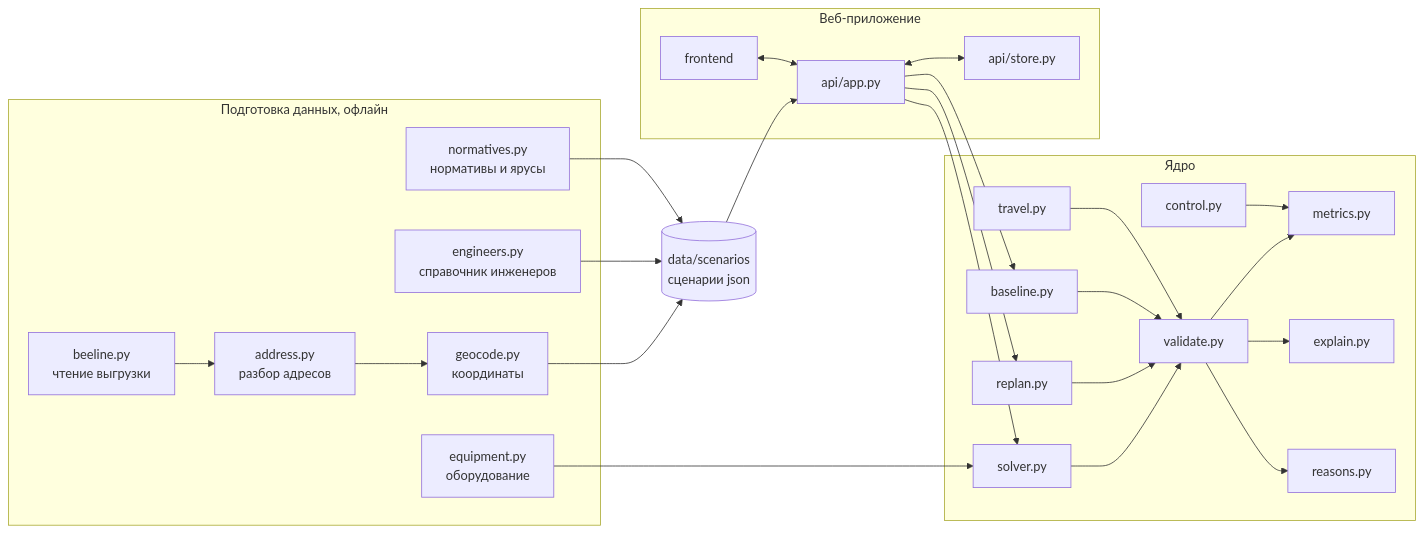
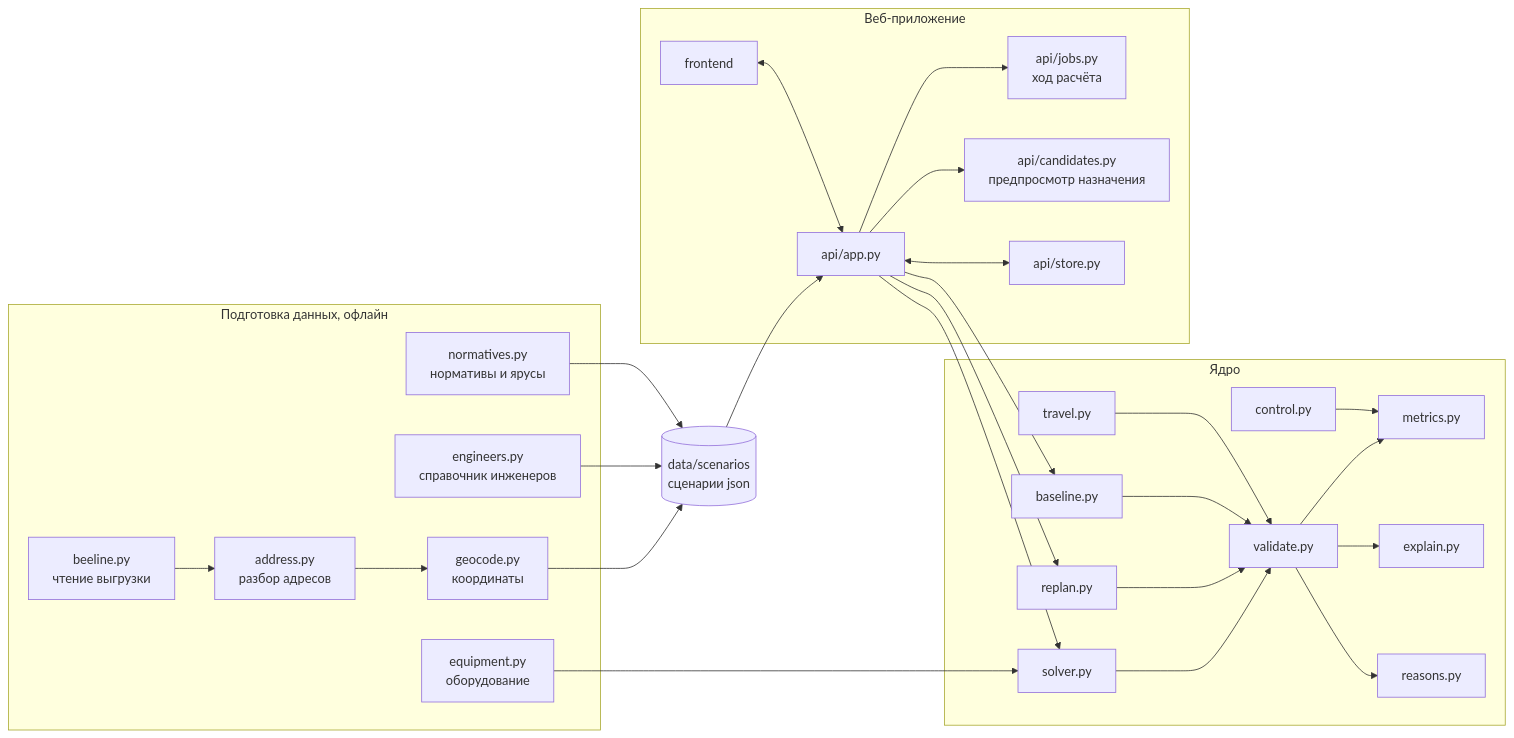
The diagram in docs/architecture.md (YuliaVyaznikova/lct-task3), drawn with Mermaid before and after one commit. The commit also changed other lines of this file and 8 other files, not shown here.

````diff
--- a/docs/architecture.md
+++ b/docs/architecture.md
@@ -11,47 +11,51 @@
 ```mermaid
 flowchart LR
     subgraph ingest["Подготовка данных, офлайн"]
         BEELINE["beeline.py<br/>чтение выгрузки"]
         ADDRESS["address.py<br/>разбор адресов"]
         GEOCODE["geocode.py<br/>координаты"]
         ENGINEERS["engineers.py<br/>справочник инженеров"]
         EQUIP["equipment.py<br/>оборудование"]
         NORM["normatives.py<br/>нормативы и ярусы"]
     end
 
     SCEN[("data/scenarios<br/>сценарии json")]
 
     subgraph core["Ядро"]
         SOLVER["solver.py"]
         VALIDATE["validate.py"]
         REPLAN["replan.py"]
         BASELINE["baseline.py"]
         METRICS["metrics.py"]
         EXPLAIN["explain.py"]
         REASONS["reasons.py"]
         TRAVEL["travel.py"]
         CONTROL["control.py"]
     end
 
     subgraph web["Веб-приложение"]
         API["api/app.py"]
+        JOBS["api/jobs.py<br/>ход расчёта"]
+        CANDIDATES["api/candidates.py<br/>предпросмотр назначения"]
         STORE["api/store.py"]
         UI["frontend"]
     end
 
     BEELINE --> ADDRESS --> GEOCODE --> SCEN
     ENGINEERS --> SCEN
     NORM --> SCEN
     EQUIP --> SOLVER
     SCEN --> API
     API --> SOLVER --> VALIDATE
     API --> REPLAN --> VALIDATE
     API --> BASELINE --> VALIDATE
     VALIDATE --> METRICS
     VALIDATE --> EXPLAIN
     VALIDATE --> REASONS
     TRAVEL --> VALIDATE
     CONTROL --> METRICS
+    API --> JOBS
+    API --> CANDIDATES
     API <--> STORE
     UI <--> API
 ```
````
